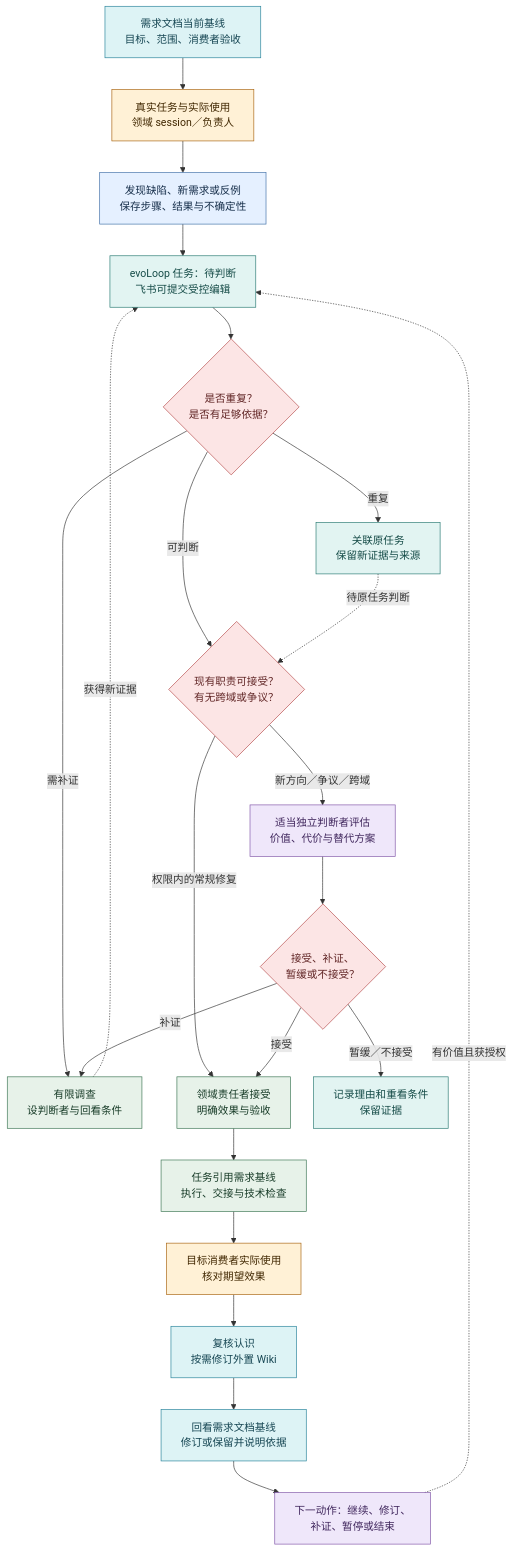
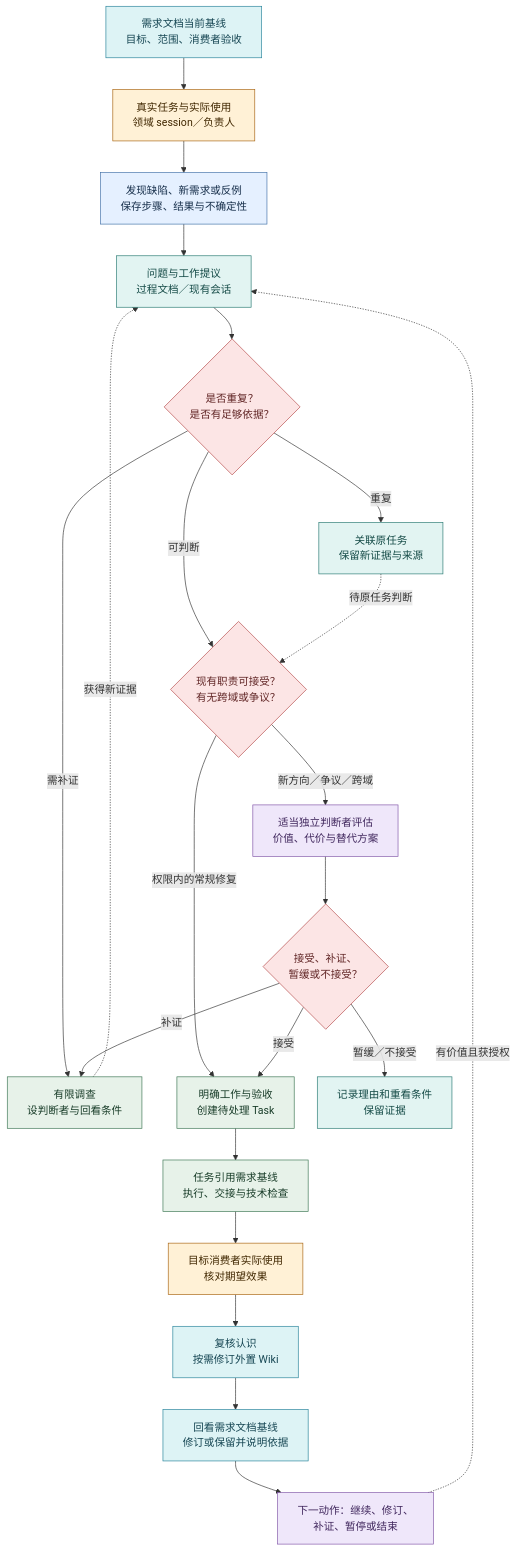
One commit to cyl19970726/evoLoop changed the diagram in docs/product/daily-loop.md. Above: the diagram before and after it, drawn with Mermaid. The commit also changed other lines of this file and 83 other files, not shown here.

````diff
--- a/docs/product/daily-loop.md
+++ b/docs/product/daily-loop.md
@@ -22,32 +22,32 @@
 ```mermaid
 %%{init: {"flowchart":{"wrappingWidth":240,"nodeSpacing":35,"rankSpacing":48}}}%%
 flowchart TB
   B["需求文档当前基线<br/>目标、范围、消费者验收"]:::knowledge --> U["真实任务与实际使用<br/>领域 session／负责人"]:::use
   U --> O["发现缺陷、新需求或反例<br/>保存步骤、结果与不确定性"]:::evidence
-  O --> P["evoLoop 任务：待判断<br/>飞书可提交受控编辑"]:::task
+  O --> P["问题与工作提议<br/>过程文档／现有会话"]:::task
   P --> D{"是否重复？<br/>是否有足够依据？"}:::decision
   D -->|重复| M["关联原任务<br/>保留新证据与来源"]:::task
   D -->|需补证| X["有限调查<br/>设判断者与回看条件"]:::action
   D -->|可判断| T{"现有职责可接受？<br/>有无跨域或争议？"}:::decision
-  T -->|权限内的常规修复| A["领域责任者接受<br/>明确效果与验收"]:::action
+  T -->|权限内的常规修复| A["明确工作与验收<br/>创建待处理 Task"]:::action
   T -->|新方向／争议／跨域| R["适当独立判断者评估<br/>价值、代价与替代方案"]:::cognition
   R --> C{"接受、补证、<br/>暂缓或不接受？"}:::decision
   C -->|接受| A
   C -->|补证| X
   C -->|暂缓／不接受| L["记录理由和重看条件<br/>保留证据"]:::task
   A --> W["任务引用需求基线<br/>执行、交接与技术检查"]:::action
   W --> V["目标消费者实际使用<br/>核对期望效果"]:::use
   V --> K["复核认识<br/>按需修订外置 Wiki"]:::knowledge
   K --> Q["回看需求文档基线<br/>修订或保留并说明依据"]:::knowledge
   Q --> N["下一动作：继续、修订、<br/>补证、暂停或结束"]:::cognition
   N -.->|有价值且获授权| P
   M -.->|待原任务判断| T
   X -.->|获得新证据| P
   classDef use fill:#FFF1D6,stroke:#A86412,color:#402700
   classDef evidence fill:#E5F0FF,stroke:#4270A8,color:#172F4B
   classDef task fill:#E2F4F2,stroke:#297A73,color:#154B47
   classDef decision fill:#FCE5E5,stroke:#B44949,color:#612626
   classDef cognition fill:#EFE7FA,stroke:#8056A8,color:#40275D
   classDef action fill:#E7F2E9,stroke:#3C7654,color:#183C28
   classDef knowledge fill:#DDF3F5,stroke:#27839A,color:#164653
 ```
````
